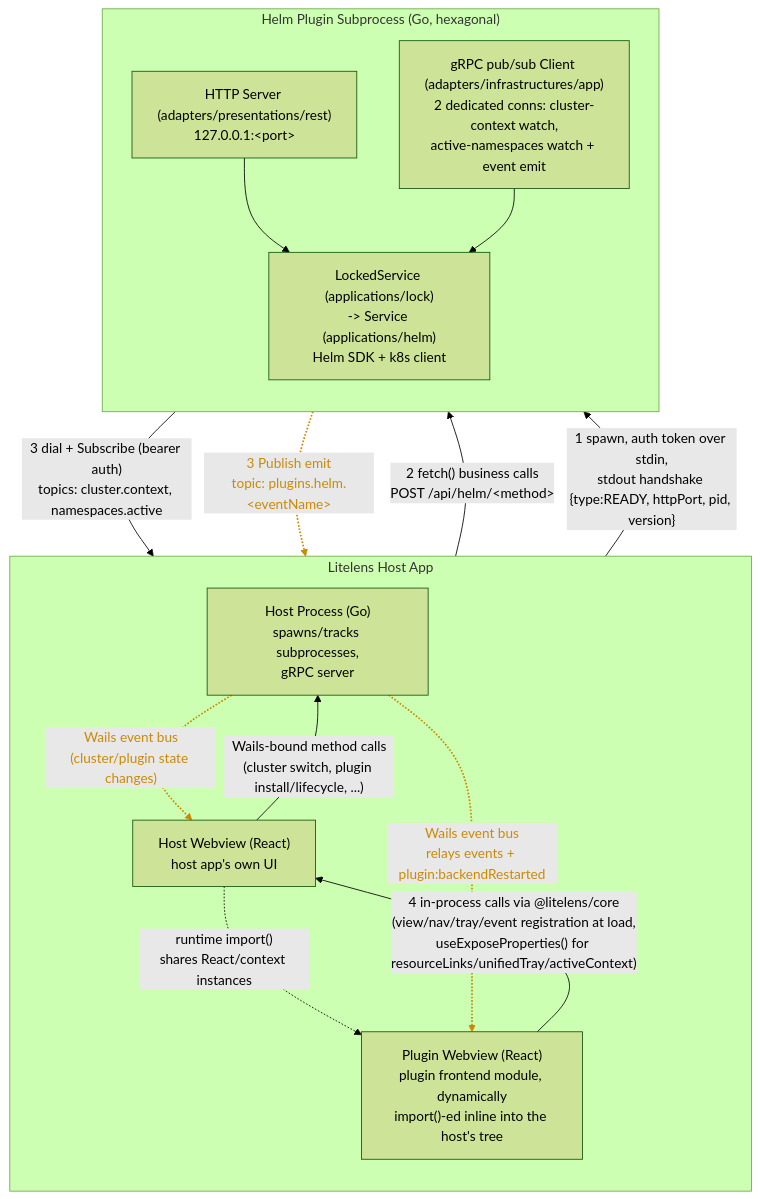
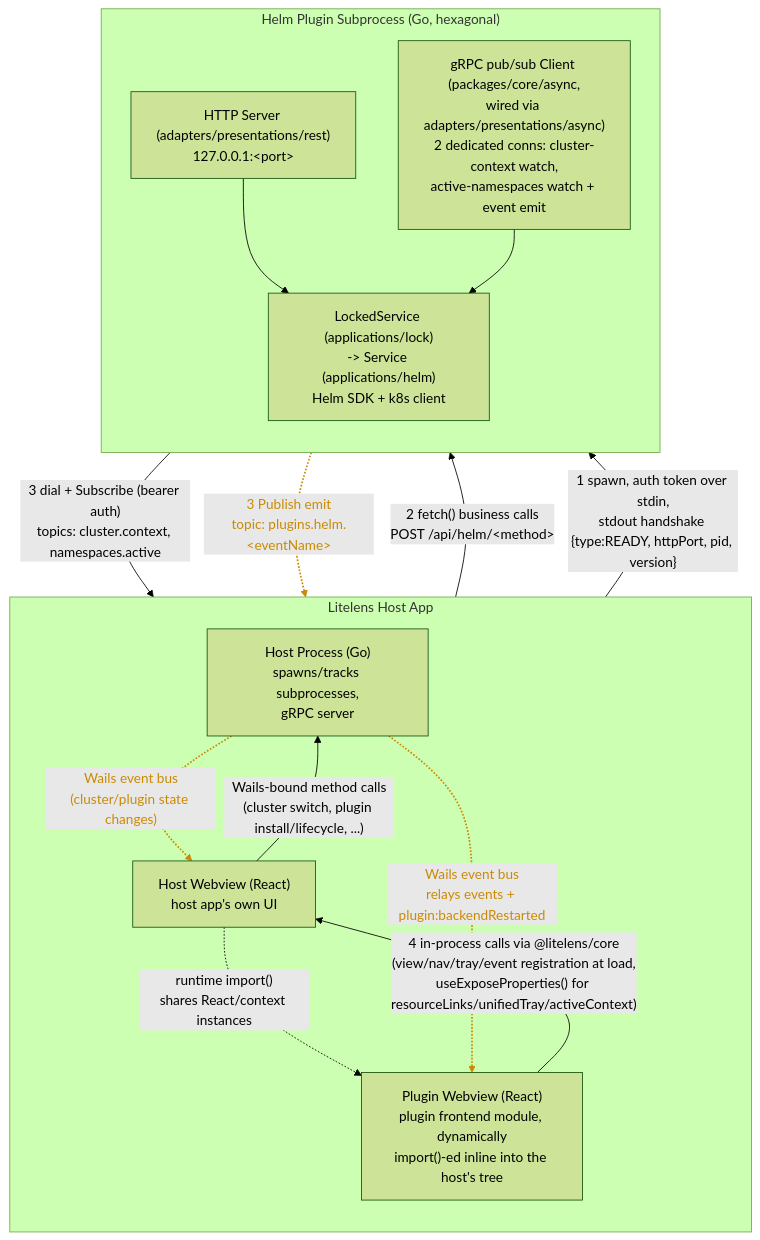
One commit to litelensapp/litelens-plugins changed the diagram in docs/architecture/architecture-light.mmd. Above: the diagram before and after it, drawn with Mermaid (forest theme). The commit also changed 28 other files, not shown here.

First line of the commit message:
feat: declarative event-route registry for helm plugin gRPC watch loops (#8)

```diff
--- a/docs/architecture/architecture-light.mmd
+++ b/docs/architecture/architecture-light.mmd
@@ -1,28 +1,28 @@
 flowchart TB
     subgraph HOST["Litelens Host App"]
         direction TB
         HP["Host Process (Go)<br/>spawns/tracks subprocesses,<br/>gRPC server"]
         HW["Host Webview (React)<br/>host app's own UI"]
         PW["Plugin Webview (React)<br/>plugin frontend module, dynamically<br/>import()-ed inline into the host's tree"]
         HW -. "runtime import()<br/>shares React/context instances" .-> PW
         PW -- "4 in-process calls via @litelens/core<br/>(view/nav/tray/event registration at load,<br/>useExposeProperties() for resourceLinks/unifiedTray/activeContext)" --> HW
     end
 
     subgraph PLUGIN["Helm Plugin Subprocess (Go, hexagonal)"]
         direction TB
         PH["HTTP Server (adapters/presentations/rest)<br/>127.0.0.1:&lt;port&gt;"]
-        PG["gRPC pub/sub Client (adapters/infrastructures/app)<br/>2 dedicated conns: cluster-context watch,<br/>active-namespaces watch + event emit"]
+        PG["gRPC pub/sub Client (packages/core/async,<br/>wired via adapters/presentations/async)<br/>2 dedicated conns: cluster-context watch,<br/>active-namespaces watch + event emit"]
         PS["LockedService (applications/lock)<br/>-&gt; Service (applications/helm)<br/>Helm SDK + k8s client"]
         PH --> PS
         PG --> PS
     end
 
     HW -- "Wails-bound method calls<br/>(cluster switch, plugin install/lifecycle, ...)" --> HP
     HP -. "Wails event bus<br/>(cluster/plugin state changes)" .-> HW
     HP -- "1 spawn, auth token over stdin,<br/>stdout handshake {type:READY, httpPort, pid, version}" --> PLUGIN
     PW -- "2 fetch() business calls<br/>POST /api/helm/&lt;method&gt;" --> PH
     PG -- "3 dial + Subscribe (bearer auth)<br/>topics: cluster.context, namespaces.active" --> HP
     PG -. "3 Publish emit<br/>topic: plugins.helm.&lt;eventName&gt;" .-> HP
     HP -. "Wails event bus<br/>relays events + plugin:backendRestarted" .-> PW
 
     linkStyle 5,9,10 stroke:#ca8a04,stroke-width:2px,color:#ca8a04
```
